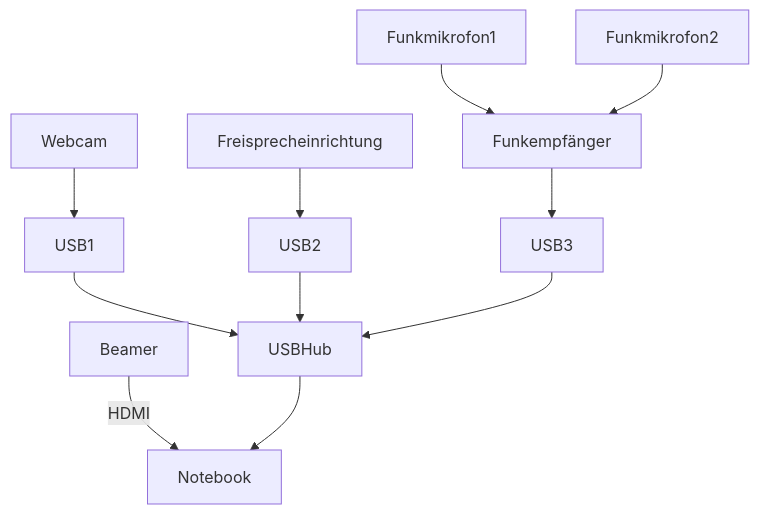
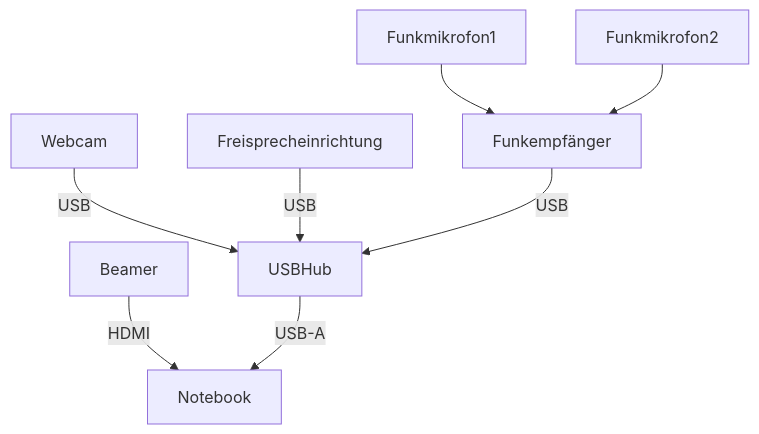
One commit to cogneon/digital-asset-pool changed the second of 2 diagrams in loscon22/Readme.md. Above: the diagram before and after it, drawn with Mermaid.

````diff
--- a/loscon22/Readme.md
+++ b/loscon22/Readme.md
@@ -61,13 +61,10 @@
 ```mermaid
   graph TD;
-      Webcam-->USB1;
-      Freisprecheinrichtung-->USB2;
+      Webcam-->|USB|USBHub;
+      Freisprecheinrichtung-->|USB|USBHub;
       Funkmikrofon1-->Funkempfänger;
       Funkmikrofon2-->Funkempfänger;
-      Funkempfänger-->USB3;
-      USB1-->USBHub;
-      USB2-->USBHub;
-      USB3-->USBHub;
+      Funkempfänger-->|USB|USBHub;
       Beamer-->|HDMI|Notebook;
-      USBHub-->Notebook;
+      USBHub-->|USB-A|Notebook;
 ```
````
